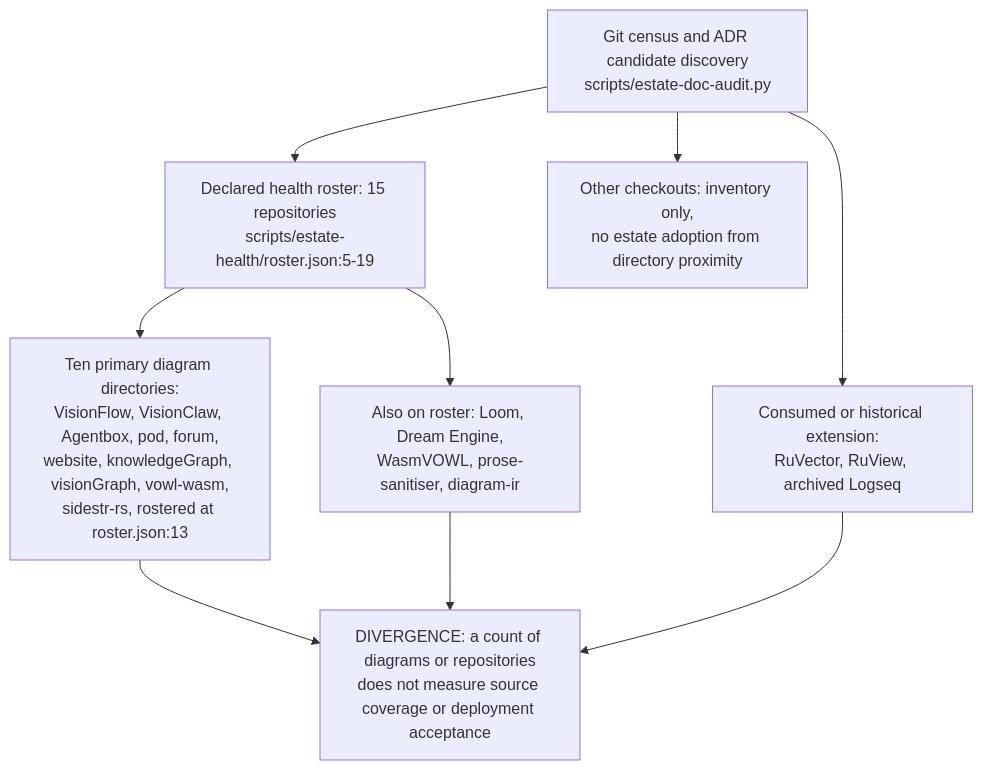
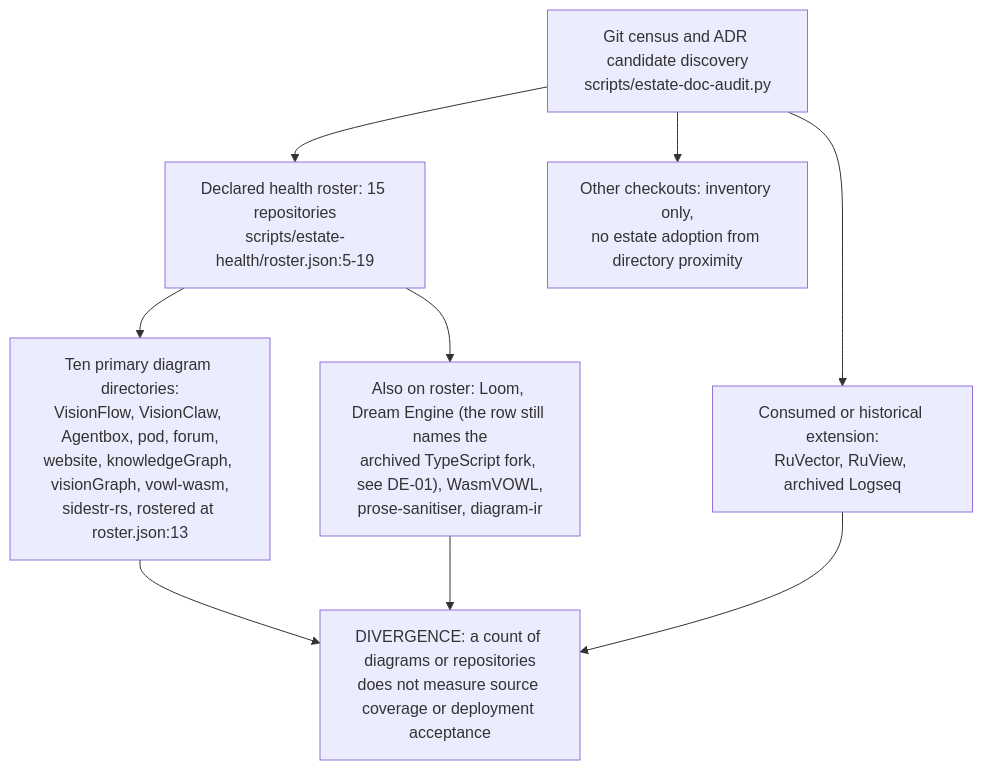
Before and after one commit to DreamLab-AI/VisionFlow: the first of 5 diagrams in docs/diagrams/estate/90-evidence-and-supporting-repositories.md, drawn with Mermaid. The commit also changed other lines of this file and 12 other files, not shown here.

First line of the commit message:
docs(diagrams): map the dream-engine extraction (AB-23, ES-05, ES-90, new DE area)

````diff
--- a/docs/diagrams/estate/90-evidence-and-supporting-repositories.md
+++ b/docs/diagrams/estate/90-evidence-and-supporting-repositories.md
@@ -31,11 +32,11 @@
 ```mermaid
 flowchart TB
     R["Declared health roster: 15 repositories<br/>scripts/estate-health/roster.json:5-19"] --> P["Ten primary diagram directories:<br/>VisionFlow, VisionClaw, Agentbox, pod, forum,<br/>website, knowledgeGraph, visionGraph, vowl-wasm,<br/>sidestr-rs, rostered at roster.json:13"]
-    R --> S["Also on roster: Loom, Dream Engine,<br/>WasmVOWL, prose-sanitiser, diagram-ir"]
+    R --> S["Also on roster: Loom, Dream Engine (the row still names the<br/>archived TypeScript fork, see DE-01), WasmVOWL,<br/>prose-sanitiser, diagram-ir"]
     C["Git census and ADR candidate discovery<br/>scripts/estate-doc-audit.py"] --> R
     C --> D["Consumed or historical extension:<br/>RuVector, RuView, archived Logseq"]
     C --> N["Other checkouts: inventory only,<br/>no estate adoption from directory proximity"]
     P --> E["DIVERGENCE: a count of diagrams or repositories<br/>does not measure source coverage or deployment acceptance"]
     S --> E
     D --> E
 ```
````
